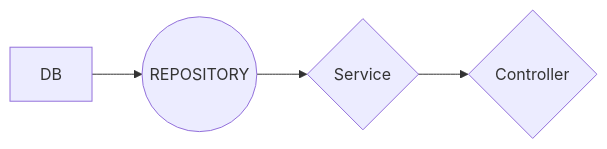
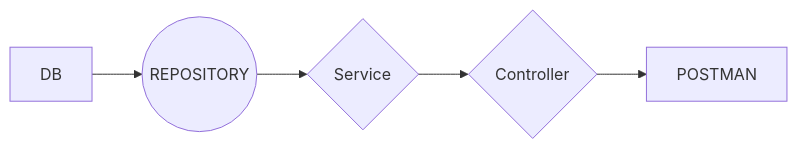
Before and after one commit to vKutik/intask: the diagram in README.md, drawn with Mermaid.

````diff
--- a/README.md
+++ b/README.md
@@ -34,6 +34,7 @@
 ```mermaid
 graph LR
 A[DB] --> B((REPOSITORY))
 B --> D{Service}
 D --> C{Controller}
+C --> F[POSTMAN]
 ```
````
